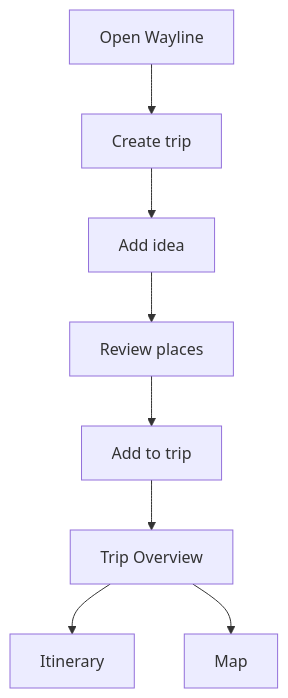
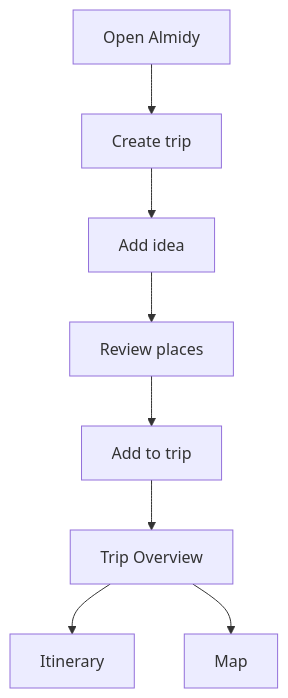
Before and after one commit to paulofragoso001/trip-planner: the first of 7 diagrams in docs/wayline-architecture-plan.md, drawn with Mermaid. The commit also changed other lines of this file and 91 other files, not shown here.

````diff
--- a/docs/wayline-architecture-plan.md
+++ b/docs/wayline-architecture-plan.md
@@ -97,10 +97,10 @@
 ```mermaid
 flowchart TD
-  A["Open Wayline"] --> B["Create trip"]
+  A["Open Almidy"] --> B["Create trip"]
   B --> C["Add idea"]
   C --> D["Review places"]
   D --> E["Add to trip"]
   E --> F["Trip Overview"]
   F --> G["Itinerary"]
   F --> H["Map"]
 ```
````
